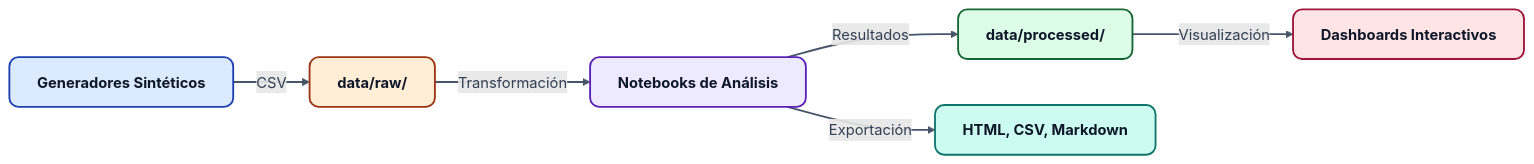
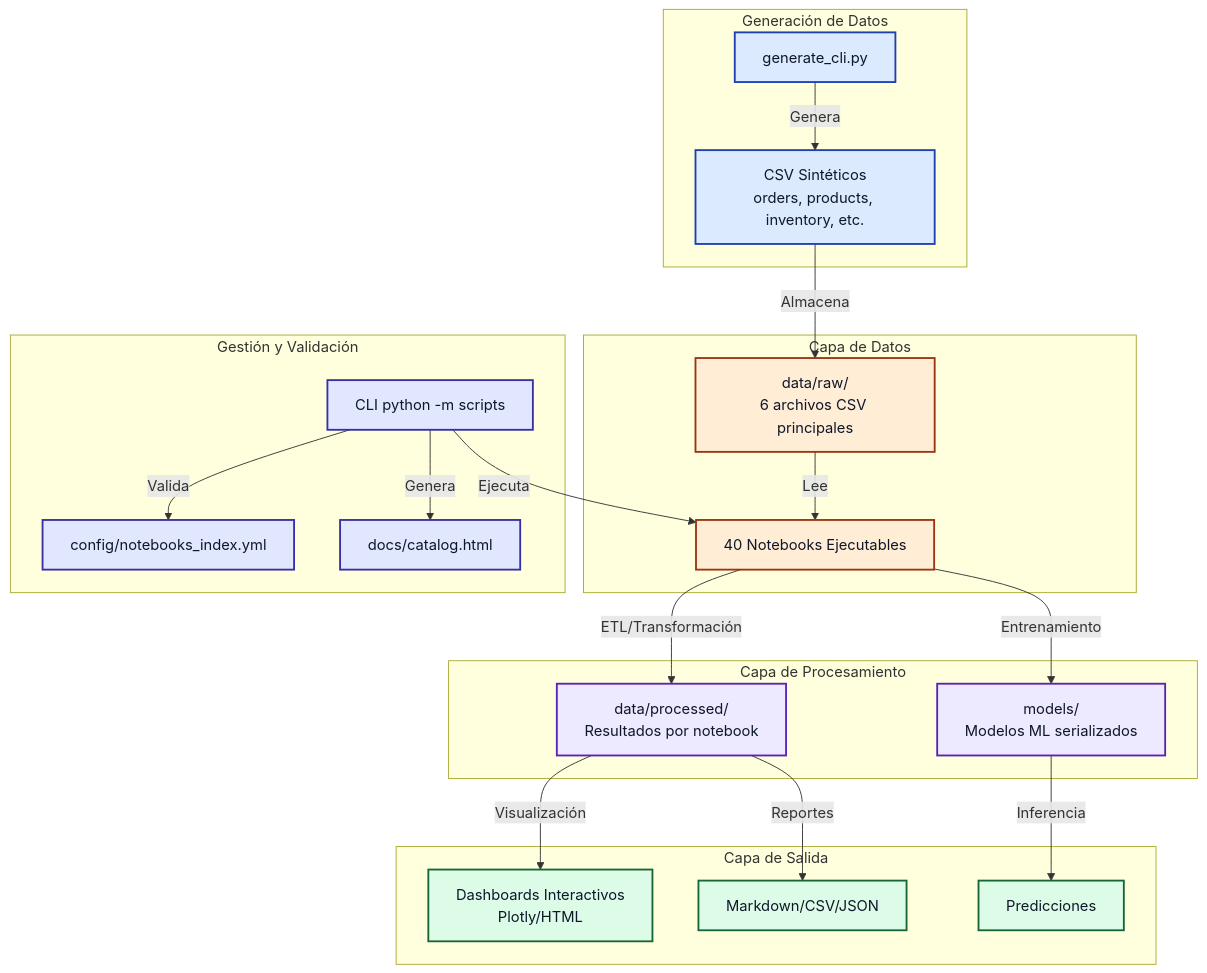
Before and after one commit to lraigosov/supply-chain-data-notebooks: the first of 2 diagrams in README.md, drawn with Mermaid. The commit also changed other lines of this file and 7 other files, not shown here.

Commit message:
feat: Add notebook indexing configuration and use case catalog documentation, update README data flow, and refine gitignore rules.

````diff
--- a/README.md
+++ b/README.md
@@ -22,25 +22,41 @@
 ```mermaid
-graph LR
-    A[Generadores Sintéticos] -->|CSV| B[data/raw/]
-    B -->|Transformación| C[Notebooks de Análisis]
-    C -->|Resultados| D[data/processed/]
-    D -->|Visualización| E[Dashboards Interactivos]
-    C -->|Exportación| F[HTML, CSV, Markdown]
+graph TB
+    subgraph "Generación de Datos"
+        GEN[generate_cli.py] -->|Genera| CSV[CSV Sintéticos<br/>orders, products, inventory, etc.]
+    end
+    
+    subgraph "Capa de Datos"
+        CSV -->|Almacena| RAW[data/raw/<br/>6 archivos CSV principales]
+        RAW -->|Lee| NB[40 Notebooks Ejecutables]
+    end
+    
+    subgraph "Capa de Procesamiento"
+        NB -->|ETL/Transformación| PROC[data/processed/<br/>Resultados por notebook]
+        NB -->|Entrenamiento| MOD[models/<br/>Modelos ML serializados]
+    end
+    
+    subgraph "Capa de Salida"
+        PROC -->|Visualización| DASH[Dashboards Interactivos<br/>Plotly/HTML]
+        PROC -->|Reportes| REP[Markdown/CSV/JSON]
+        MOD -->|Inferencia| PRED[Predicciones]
+    end
+    
+    subgraph "Gestión y Validación"
+        CLI[CLI python -m scripts] -->|Ejecuta| NB
+        CLI -->|Valida| CONF[config/notebooks_index.yml]
+        CLI -->|Genera| CAT[docs/catalog.html]
+    end
 
-    %% Estilos globales (mejor legibilidad)
-    linkStyle default stroke:#475569,stroke-width:2px,color:#334155
-    classDef node fill:#F8FAFC,stroke:#334155,stroke-width:2px,color:#0F172A,rx:10,ry:10,font-weight:600
-    classDef src  fill:#DBEAFE,stroke:#1E40AF,stroke-width:2px,color:#0F172A,rx:10,ry:10,font-weight:700
-    classDef raw  fill:#FFEDD5,stroke:#9A3412,stroke-width:2px,color:#0F172A,rx:10,ry:10,font-weight:700
-    classDef nb   fill:#EDE9FE,stroke:#5B21B6,stroke-width:2px,color:#0F172A,rx:10,ry:10,font-weight:700
-    classDef prc  fill:#DCFCE7,stroke:#166534,stroke-width:2px,color:#0F172A,rx:10,ry:10,font-weight:700
-    classDef dash fill:#FFE4E6,stroke:#9F1239,stroke-width:2px,color:#0F172A,rx:10,ry:10,font-weight:700
-    classDef exp  fill:#CCFBF1,stroke:#0F766E,stroke-width:2px,color:#0F172A,rx:10,ry:10,font-weight:700
-
-    class A src
-    class B raw
-    class C nb
-    class D prc
-    class E dash
-    class F exp
+    %% Estilos
+    classDef gen fill:#DBEAFE,stroke:#1E40AF,stroke-width:2px,color:#0F172A
+    classDef data fill:#FFEDD5,stroke:#9A3412,stroke-width:2px,color:#0F172A
+    classDef proc fill:#EDE9FE,stroke:#5B21B6,stroke-width:2px,color:#0F172A
+    classDef out fill:#DCFCE7,stroke:#166534,stroke-width:2px,color:#0F172A
+    classDef mgmt fill:#E0E7FF,stroke:#3730A3,stroke-width:2px,color:#0F172A
+    
+    class GEN,CSV gen
+    class RAW,NB data
+    class PROC,MOD proc
+    class DASH,REP,PRED out
+    class CLI,CONF,CAT mgmt
 ```
````
